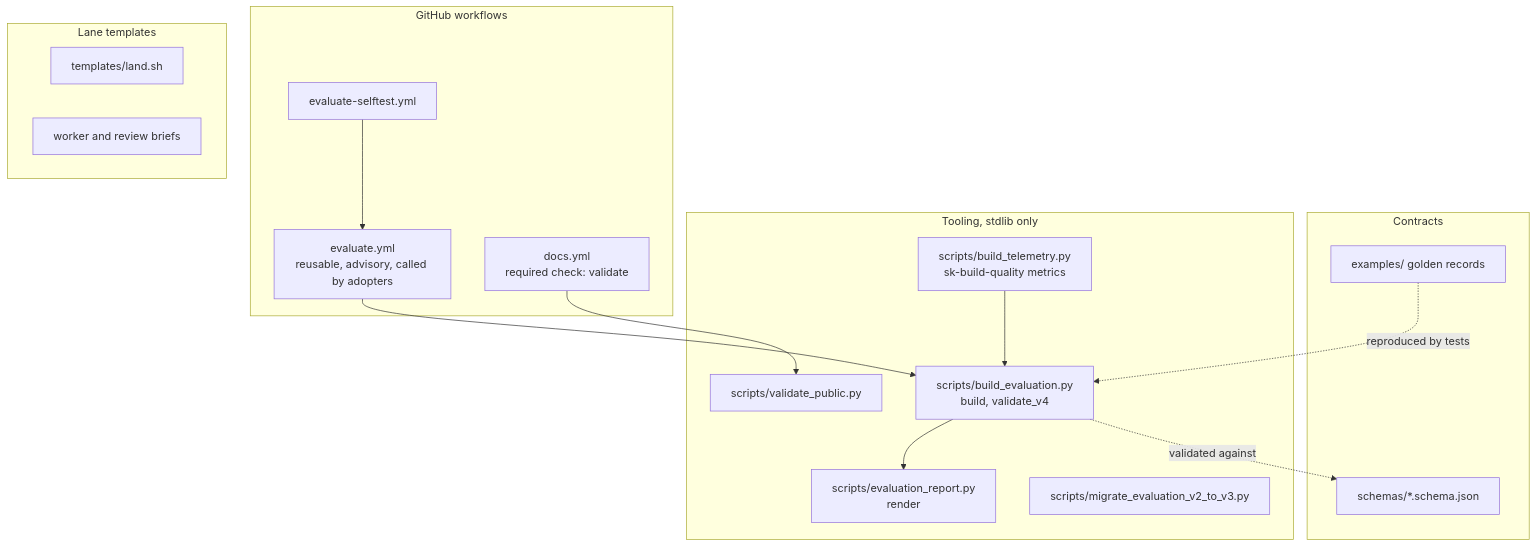
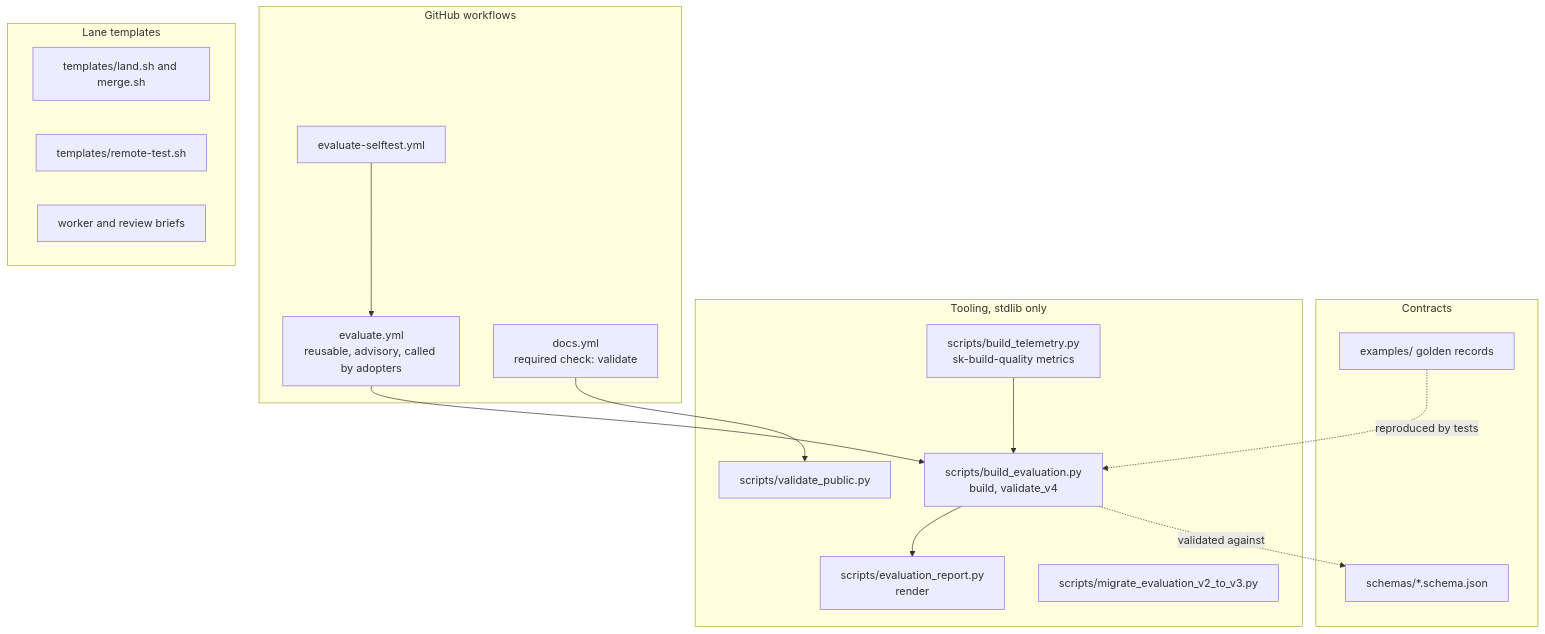
One commit to smilinTux/skrsi changed the second of 4 diagrams in docs/ARCHITECTURE.md. Above: the diagram before and after it, drawn with Mermaid. The commit also changed 8 other files, not shown here.

````diff
--- a/docs/ARCHITECTURE.md
+++ b/docs/ARCHITECTURE.md
@@ -46,30 +46,31 @@
 ```mermaid
 flowchart TD
     subgraph contracts[Contracts]
       schemas["schemas/*.schema.json"]
       examples["examples/ golden records"]
     end
     subgraph tooling[Tooling, stdlib only]
       build["scripts/build_evaluation.py<br/>build, validate_v4"]
       report["scripts/evaluation_report.py<br/>render"]
       telemetry["scripts/build_telemetry.py<br/>sk-build-quality metrics"]
       migrate["scripts/migrate_evaluation_v2_to_v3.py"]
       public["scripts/validate_public.py"]
     end
     subgraph ci[GitHub workflows]
       evaluate["evaluate.yml<br/>reusable, advisory, called by adopters"]
       selftest["evaluate-selftest.yml"]
       docs["docs.yml<br/>required check: validate"]
     end
     subgraph lanes[Lane templates]
-      land["templates/land.sh"]
+      land["templates/land.sh and merge.sh"]
+      remote["templates/remote-test.sh"]
       briefs["worker and review briefs"]
     end
     evaluate --> build
     build --> report
     telemetry --> build
     selftest --> evaluate
     docs --> public
     build -.->|"validated against"| schemas
     examples -.->|"reproduced by tests"| build
 ```
````
